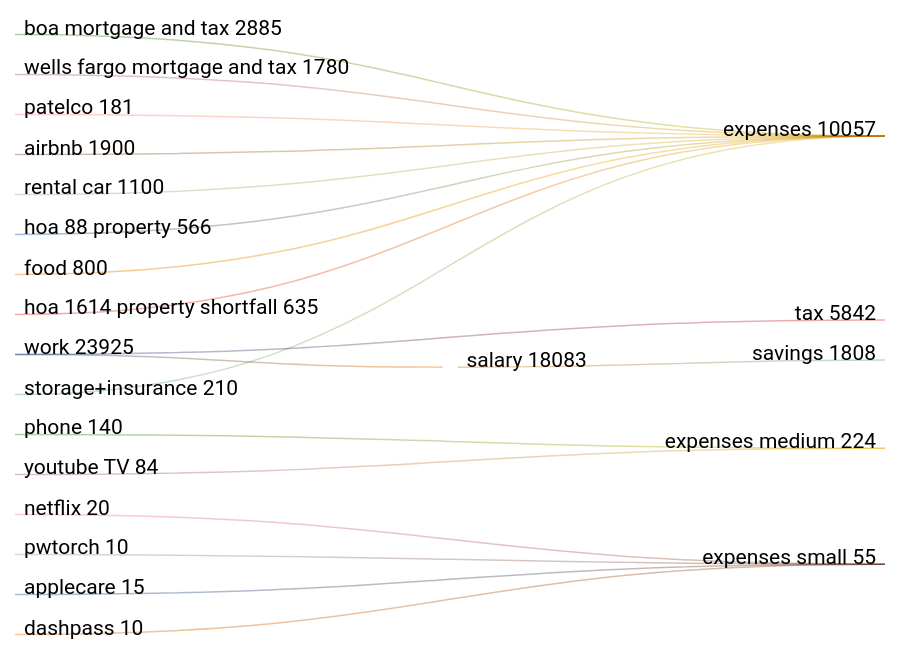
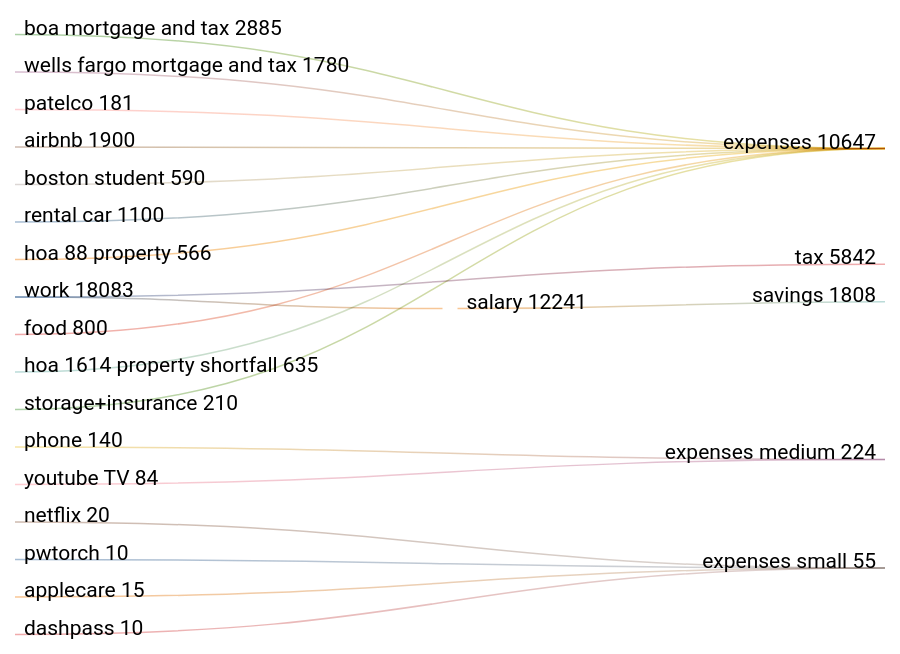
Before and after one commit to sarnobat/mermaid: the second of 9 diagrams in README.md, drawn with Mermaid (neutral theme).

````diff
--- a/README.md
+++ b/README.md
@@ -114,26 +114,27 @@
 ```mermaid
 ---
 config:
   sankey:
     showValues: true
 ---
 sankey-beta
-work,salary,18083
+work,salary,12241
 work,tax,5842
 salary,savings,1808
 boa mortgage and tax,expenses,2885
 wells fargo mortgage and tax,expenses,1780
 patelco,expenses,181
 airbnb,expenses,1900
+boston student,expenses,590
 rental car,expenses,1100
 hoa 88 property,expenses,566
 food,expenses,800
 hoa 1614 property shortfall,expenses,635
 storage+insurance,expenses,210
 phone,expenses medium,140
 youtube TV,expenses medium,84
 netflix,expenses small,20
 pwtorch,expenses small,10
 applecare,expenses small,15
 dashpass,expenses small,10
 ```
````
